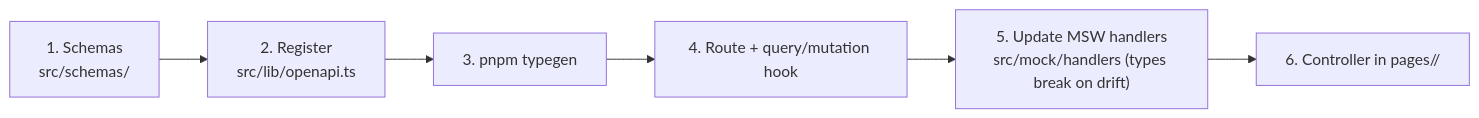
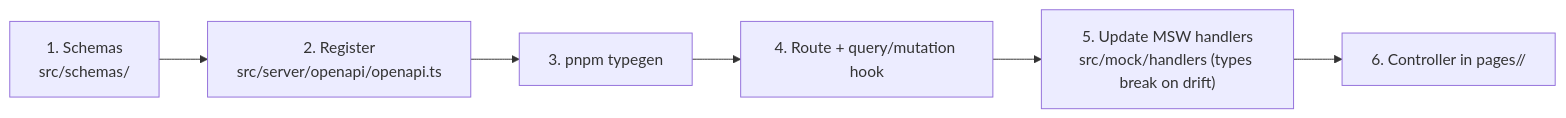
The diagram in docs/06-dev-workflow.md (Abbas4tech/GhostMsg), drawn with Mermaid before and after one commit. The commit also changed other lines of this file and 198 other files, not shown here.

````diff
--- a/docs/06-dev-workflow.md
+++ b/docs/06-dev-workflow.md
@@ -33,8 +33,8 @@
 ```mermaid
 flowchart LR
-    A["1. Schemas<br/>src/schemas/"] --> B["2. Register<br/>src/lib/openapi.ts"]
+    A["1. Schemas<br/>src/schemas/"] --> B["2. Register<br/>src/server/openapi/openapi.ts"]
     B --> C["3. pnpm typegen"]
     C --> D["4. Route + query/mutation hook"]
     D --> E["5. Update MSW handlers<br/>src/mock/handlers (types break on drift)"]
     E --> F["6. Controller in pages/<route>/"]
 ```
````
